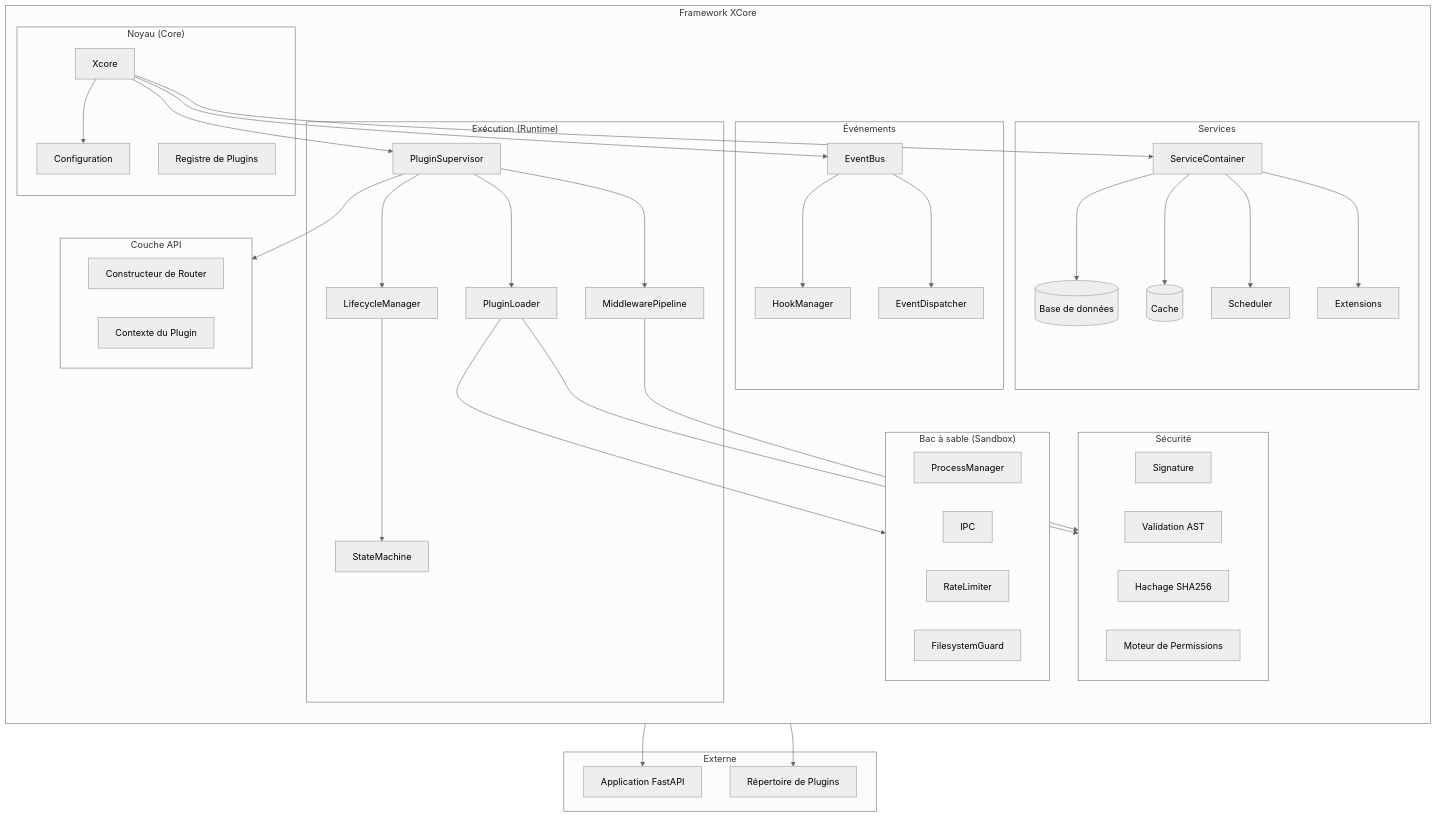
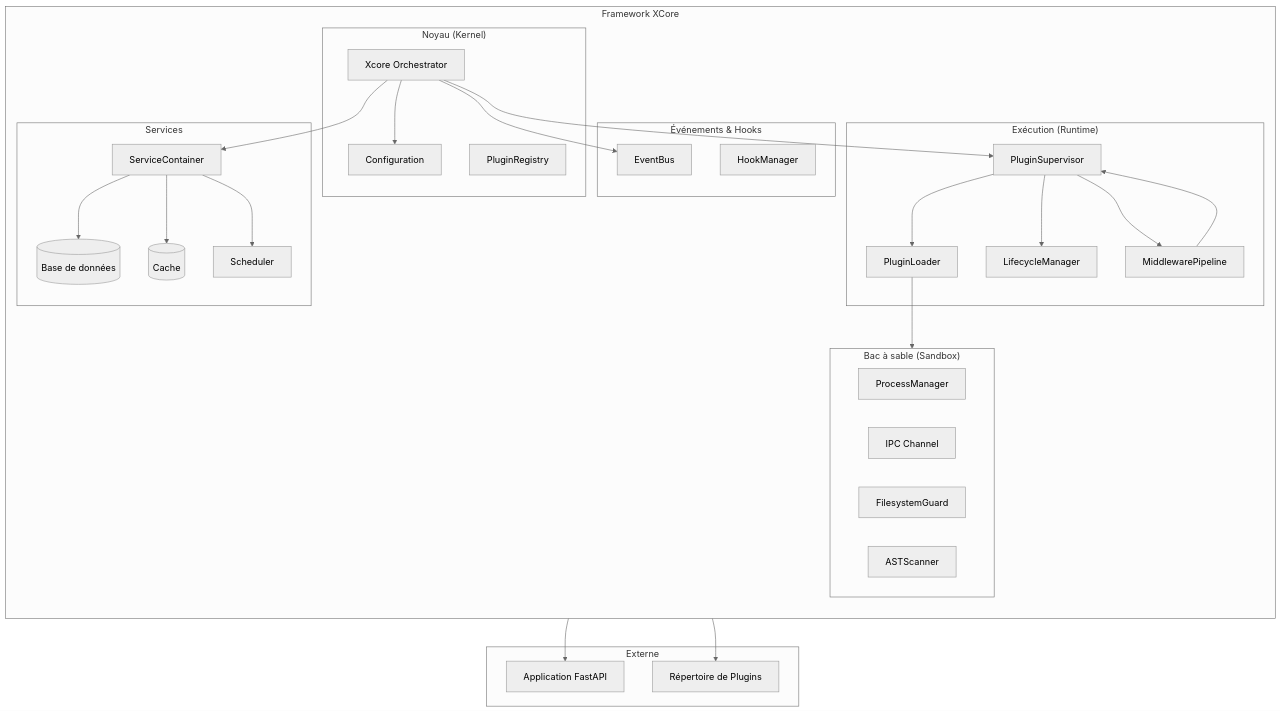
Before and after one commit to traoreera/xcore: the first of 3 diagrams in doc/architecture/overview.md, drawn with Mermaid (neutral theme). The commit also changed other lines of this file and 105 other files, not shown here.

````diff
--- a/doc/architecture/overview.md
+++ b/doc/architecture/overview.md
@@ -19,31 +23,29 @@
     subgraph XCore["Framework XCore"]
         direction TB
 
-        subgraph Core["Noyau (Core)"]
-            X[Xcore]
+        subgraph Core["Noyau (Kernel)"]
+            X[Xcore Orchestrator]
             Config[Configuration]
-            Registry[Registre de Plugins]
+            Registry[PluginRegistry]
         end
 
         subgraph Runtime["Exécution (Runtime)"]
             PS[PluginSupervisor]
             PL[PluginLoader]
             LM[LifecycleManager]
-            SM[StateMachine]
             MP[MiddlewarePipeline]
         end
 
         subgraph Sandbox["Bac à sable (Sandbox)"]
             PM[ProcessManager]
-            IPC[IPC]
-            Limits[RateLimiter]
+            IPC[IPC Channel]
             Guard[FilesystemGuard]
+            AST[ASTScanner]
         end
 
-        subgraph Events["Événements"]
+        subgraph Events["Événements & Hooks"]
             EB[EventBus]
             HM[HookManager]
-            ED[EventDispatcher]
         end
 
         subgraph Services["Services"]
@@ -51,19 +53,6 @@
             DB[(Base de données)]
             Cache[(Cache)]
             Sched[Scheduler]
-            Ext[Extensions]
-        end
-
-        subgraph Security["Sécurité"]
-            Sig[Signature]
-            Val[Validation AST]
-            Hash[Hachage SHA256]
-            Perm[Moteur de Permissions]
-        end
-
-        subgraph API["Couche API"]
-            Router[Constructeur de Router]
-            Context[Contexte du Plugin]
         end
     end
 
@@ -81,20 +70,12 @@
     PS --> LM
     PS --> MP
     PL --> Sandbox
-    LM --> SM
 
-    EB --> HM
-    EB --> ED
-
+    MP --> PS
     SC --> DB
     SC --> Cache
     SC --> Sched
-    SC --> Ext
 
-    PL --> Security
-    MP --> Security
-
-    PS --> API
-    API --> FastAPI
     PL --> Plugins
+    PS --> FastAPI
 ```
````
